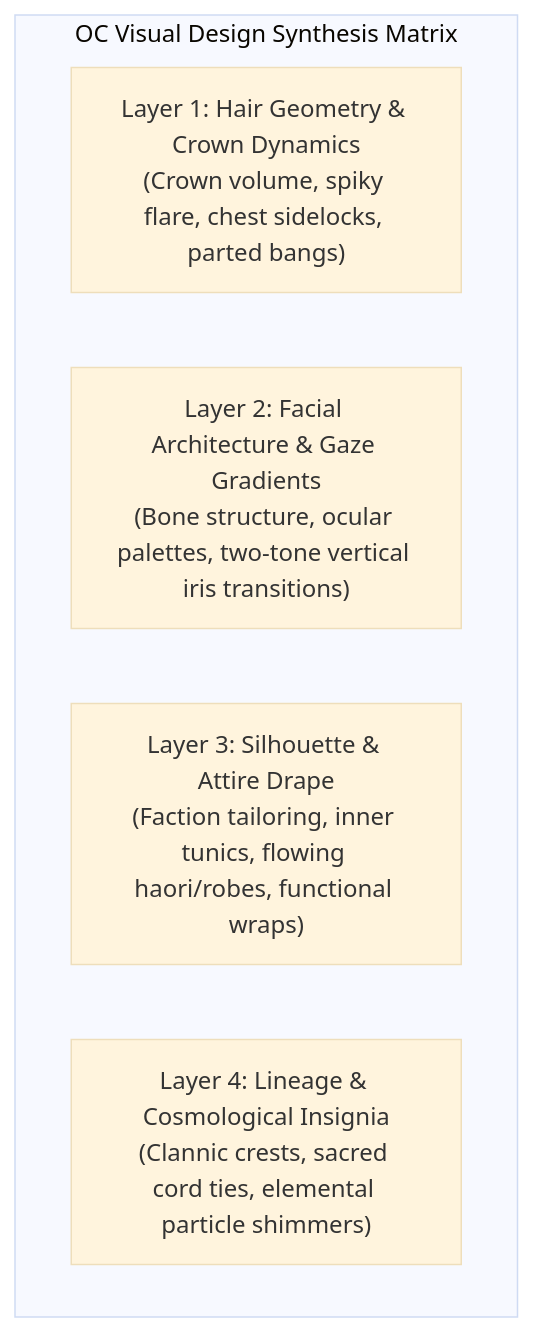
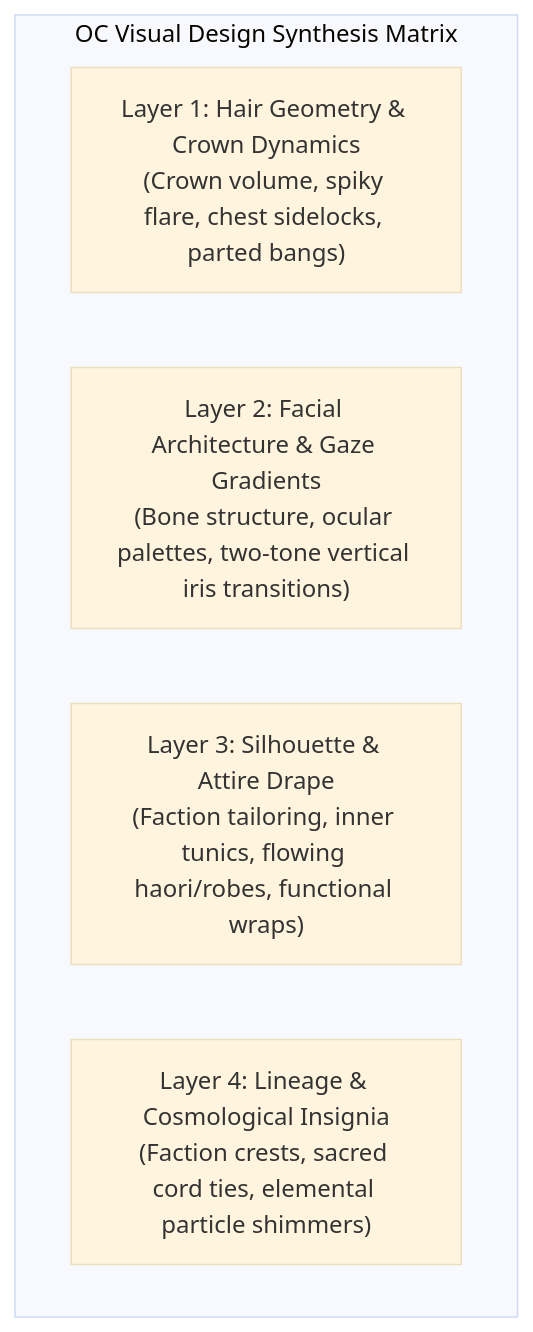
The second of 2 diagrams in .agents/skills/art-concept/SKILL.md (Kitsune-27295/narr-vault-template), drawn with Mermaid (base theme) before and after one commit. The commit also changed other lines of this file and 41 other files, not shown here.

````diff
--- a/.agents/skills/art-concept/SKILL.md
+++ b/.agents/skills/art-concept/SKILL.md
@@ -63,9 +63,9 @@
 ```mermaid
 flowchart TD
     subgraph OCSynthesis["OC Visual Design Synthesis Matrix"]
         L1["Layer 1: Hair Geometry & Crown Dynamics\n(Crown volume, spiky flare, chest sidelocks, parted bangs)"]
         L2["Layer 2: Facial Architecture & Gaze Gradients\n(Bone structure, ocular palettes, two-tone vertical iris transitions)"]
         L3["Layer 3: Silhouette & Attire Drape\n(Faction tailoring, inner tunics, flowing haori/robes, functional wraps)"]
-        L4["Layer 4: Lineage & Cosmological Insignia\n(Clannic crests, sacred cord ties, elemental particle shimmers)"]
+        L4["Layer 4: Lineage & Cosmological Insignia\n(Faction crests, sacred cord ties, elemental particle shimmers)"]
     end
 ```
````
